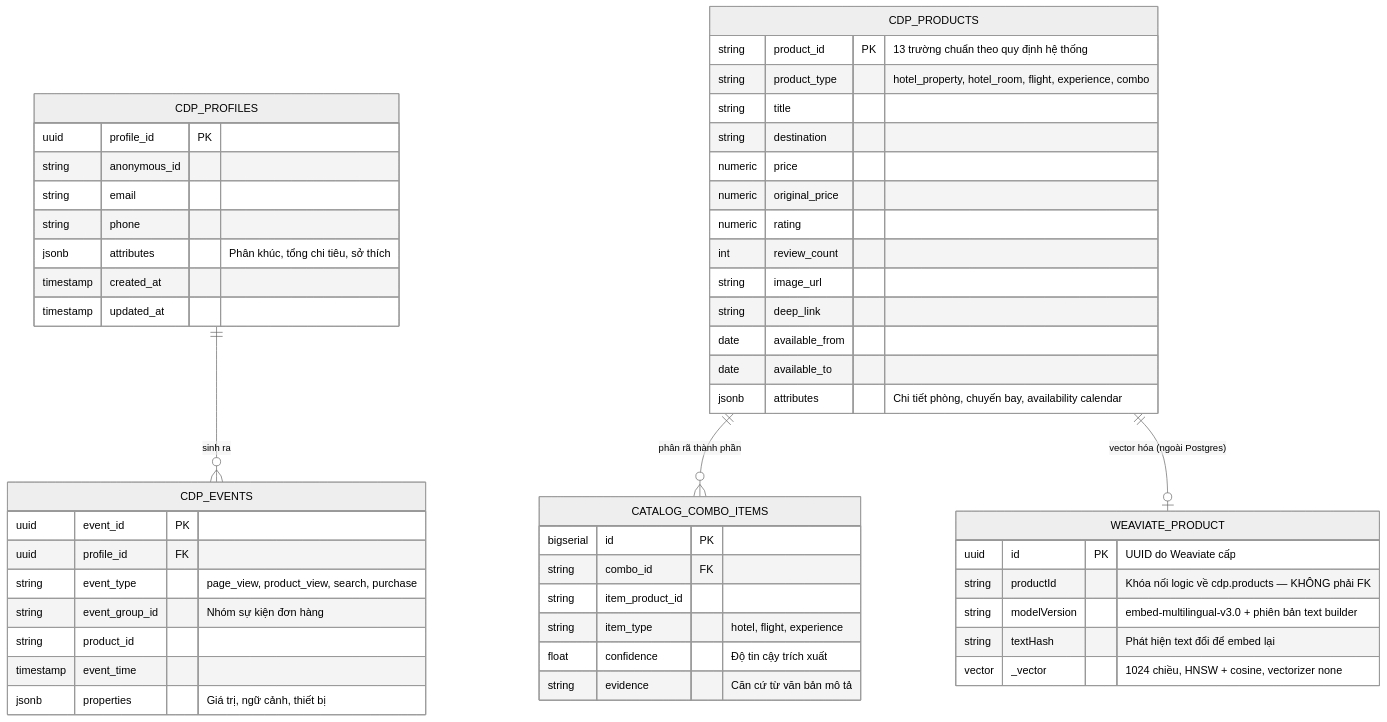
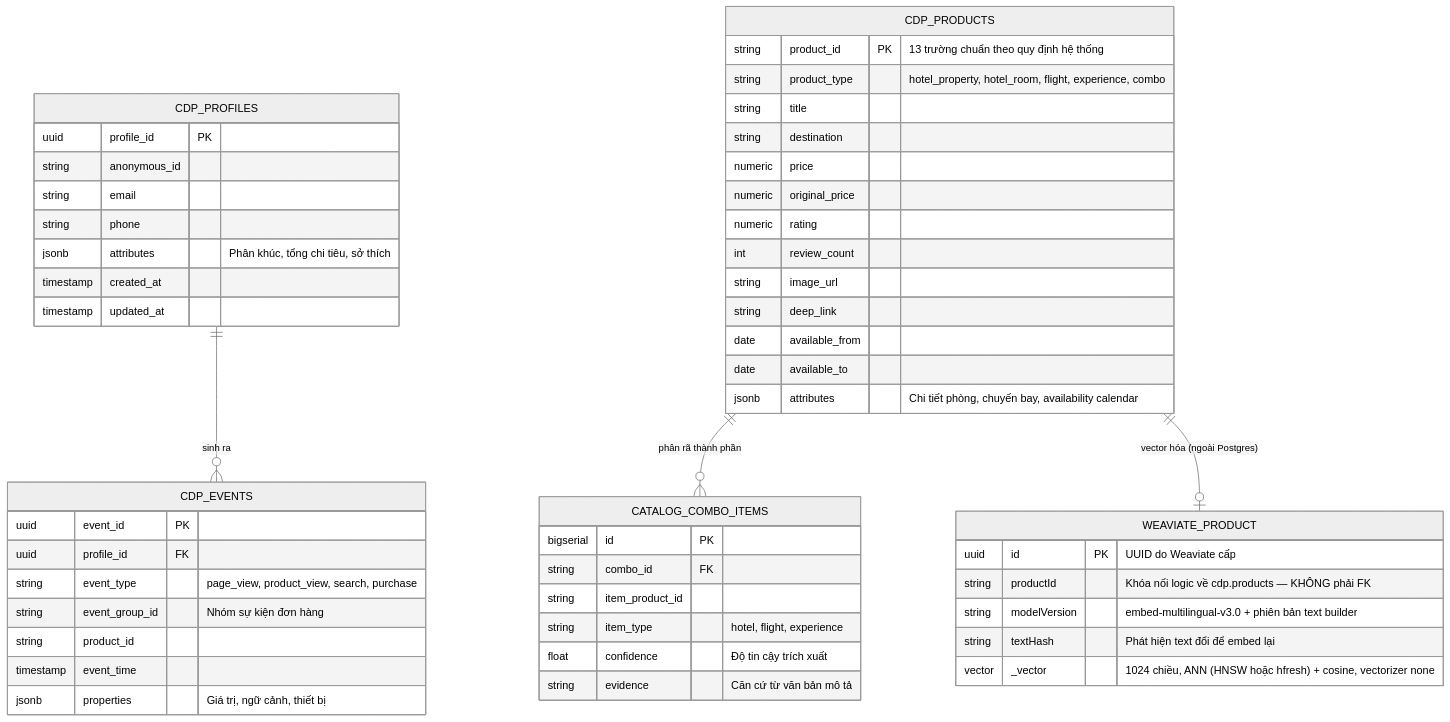
Before and after one commit to NguyenNhat4/Travel-Recommend-System: the first of 2 diagrams in docs/prd/data-model.md, drawn with Mermaid (neutral theme). The commit also changed other lines of this file and 32 other files, not shown here.

````diff
--- a/docs/prd/data-model.md
+++ b/docs/prd/data-model.md
@@ -55,59 +55,59 @@
 ```mermaid
 erDiagram
     CDP_PROFILES ||--o{ CDP_EVENTS : "sinh ra"
     CDP_PRODUCTS ||--o{ CATALOG_COMBO_ITEMS : "phân rã thành phần"
     CDP_PRODUCTS ||--o| WEAVIATE_PRODUCT : "vector hóa (ngoài Postgres)"
 
     CDP_PROFILES {
         uuid profile_id PK
         string anonymous_id
         string email
         string phone
         jsonb attributes "Phân khúc, tổng chi tiêu, sở thích"
         timestamp created_at
         timestamp updated_at
     }
 
     CDP_EVENTS {
         uuid event_id PK
         uuid profile_id FK
         string event_type "page_view, product_view, search, purchase"
         string event_group_id "Nhóm sự kiện đơn hàng"
         string product_id
         timestamp event_time
         jsonb properties "Giá trị, ngữ cảnh, thiết bị"
     }
 
     CDP_PRODUCTS {
         string product_id PK "13 trường chuẩn theo quy định hệ thống"
         string product_type "hotel_property, hotel_room, flight, experience, combo"
         string title
         string destination
         numeric price
         numeric original_price
         numeric rating
         int review_count
         string image_url
         string deep_link
         date available_from
         date available_to
         jsonb attributes "Chi tiết phòng, chuyến bay, availability calendar"
     }
 
     CATALOG_COMBO_ITEMS {
         bigserial id PK
         string combo_id FK
         string item_product_id
         string item_type "hotel, flight, experience"
         float confidence "Độ tin cậy trích xuất"
         string evidence "Căn cứ từ văn bản mô tả"
     }
 
     WEAVIATE_PRODUCT {
         uuid id PK "UUID do Weaviate cấp"
         string productId "Khóa nối logic về cdp.products — KHÔNG phải FK"
         string modelVersion "embed-multilingual-v3.0 + phiên bản text builder"
         string textHash "Phát hiện text đổi để embed lại"
-        vector _vector "1024 chiều, HNSW + cosine, vectorizer none"
+        vector _vector "1024 chiều, ANN (HNSW hoặc hfresh) + cosine, vectorizer none"
     }
 ```
````
